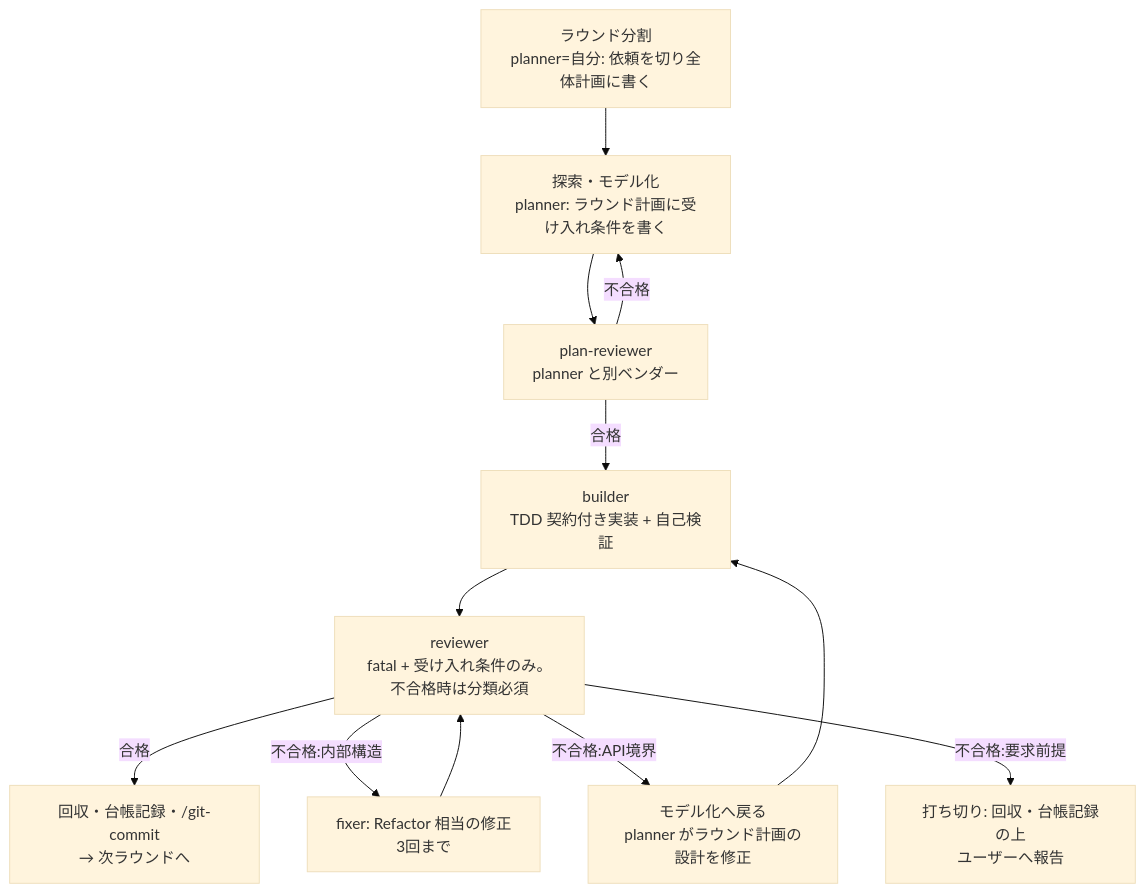
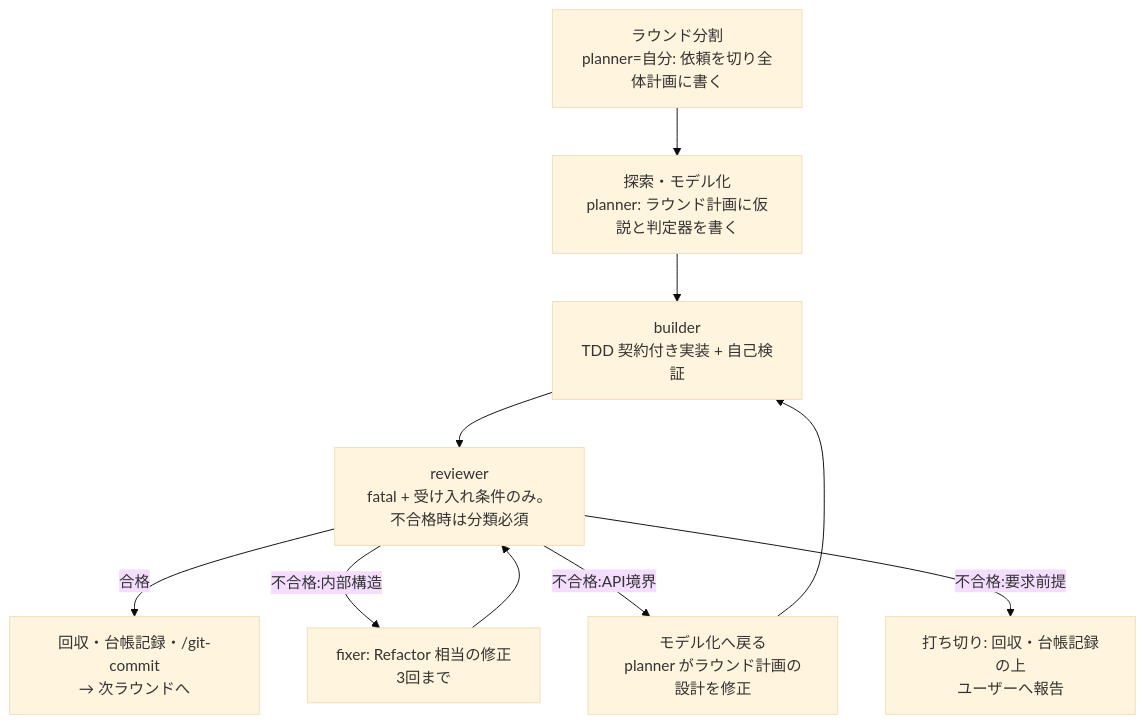
The diagram in shared/skills/code-complete-multiagent/SKILL.md (hondazn/aimod), drawn with Mermaid (base theme) before and after one commit. The commit also changed other lines of this file and 2 other files, not shown here.

````diff
--- a/shared/skills/code-complete-multiagent/SKILL.md
+++ b/shared/skills/code-complete-multiagent/SKILL.md
@@ -25,14 +25,12 @@
 ```mermaid
 flowchart TD
     S[ラウンド分割<br/>planner=自分: 依頼を切り全体計画に書く] --> A
-    A[探索・モデル化<br/>planner: ラウンド計画に受け入れ条件を書く] --> PR[plan-reviewer<br/>planner と別ベンダー]
-    PR -->|不合格| A
-    PR -->|合格| B[builder<br/>TDD 契約付き実装 + 自己検証]
+    A[探索・モデル化<br/>planner: ラウンド計画に仮説と判定器を書く] --> B[builder<br/>TDD 契約付き実装 + 自己検証]
     B --> R[reviewer<br/>fatal + 受け入れ条件のみ。不合格時は分類必須]
     R -->|合格| DONE[回収・台帳記録・/git-commit<br/>→ 次ラウンドへ]
     R -->|不合格:内部構造| FX[fixer: Refactor 相当の修正<br/>3回まで]
     R -->|不合格:API境界| A2[モデル化へ戻る<br/>planner がラウンド計画の設計を修正]
     R -->|不合格:要求前提| AB[打ち切り: 回収・台帳記録の上<br/>ユーザーへ報告]
     FX --> R
     A2 --> B
 ```
````
